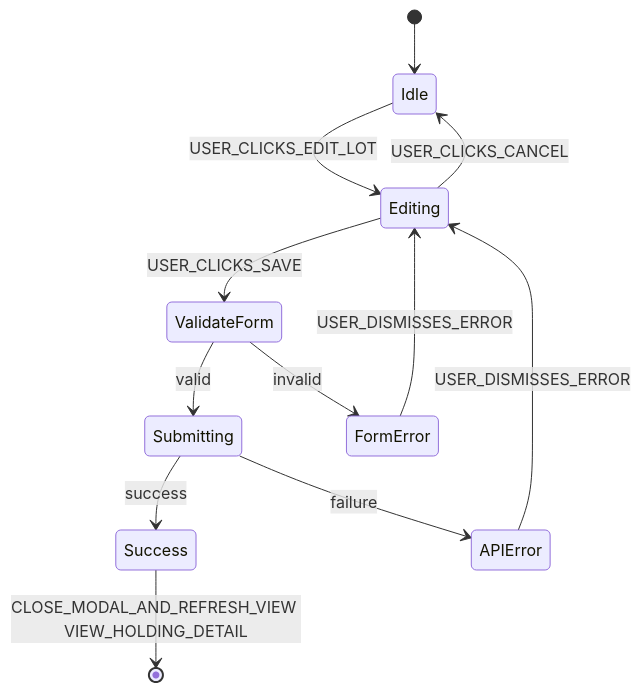
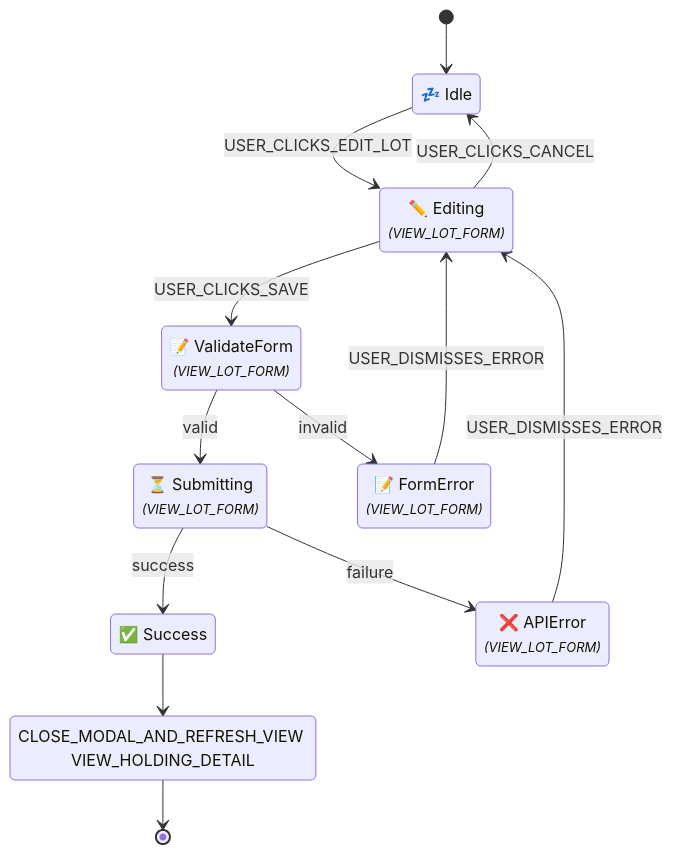
Diagram 20 of 21 in docs/ui_flow_diagrams.md (enzhao/Sentinel), drawn with Mermaid before and after one commit. The commit also changed other lines of this file and 6 other files, not shown here.

````diff
--- a/docs/ui_flow_diagrams.md
+++ b/docs/ui_flow_diagrams.md
@@ -312,15 +576,23 @@
 ```mermaid
 stateDiagram-v2
-    state "Idle" as Idle
     [*] --> Idle
+    state "💤 Idle" as Idle
     Idle --> Editing : USER_CLICKS_EDIT_LOT
+    state "✏️ Editing<br/><font size="2"><i>(VIEW_LOT_FORM)</i></font>" as Editing
     Editing --> ValidateForm : USER_CLICKS_SAVE
     Editing --> Idle : USER_CLICKS_CANCEL
+    state "📝 ValidateForm<br/><font size="2"><i>(VIEW_LOT_FORM)</i></font>" as ValidateForm
     ValidateForm --> Submitting : valid
     ValidateForm --> FormError : invalid
+    state "⏳ Submitting<br/><font size="2"><i>(VIEW_LOT_FORM)</i></font>" as Submitting
     Submitting --> Success : success
     Submitting --> APIError : failure
-    Success --> [*] : CLOSE_MODAL_AND_REFRESH_VIEW VIEW_HOLDING_DETAIL
+    state "✅ Success" as Success
+    state "CLOSE_MODAL_AND_REFRESH_VIEW VIEW_HOLDING_DETAIL" as Success_exit_action
+    Success --> Success_exit_action
+    Success_exit_action --> [*]
+    state "📝 FormError<br/><font size="2"><i>(VIEW_LOT_FORM)</i></font>" as FormError
     FormError --> Editing : USER_DISMISSES_ERROR
+    state "❌ APIError<br/><font size="2"><i>(VIEW_LOT_FORM)</i></font>" as APIError
     APIError --> Editing : USER_DISMISSES_ERROR
 ```
````
